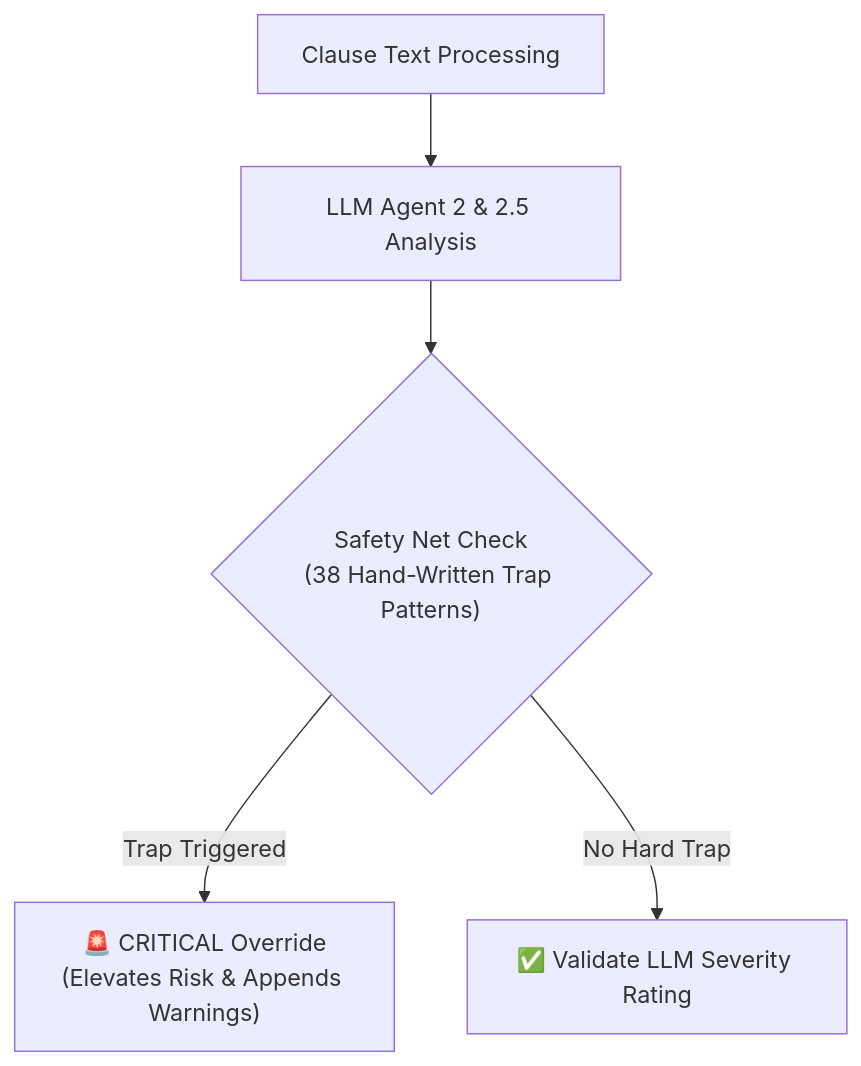
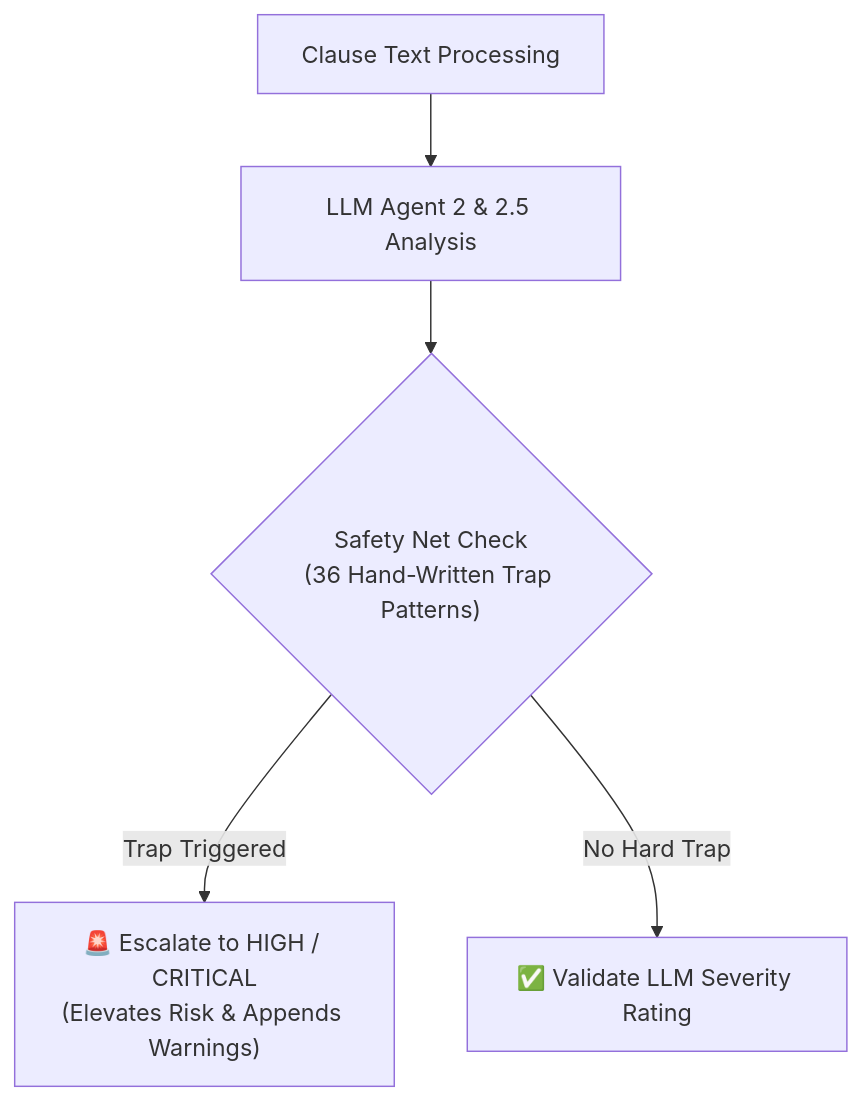
The second of 3 diagrams in README.md (Aditya2514/LexGuard), drawn with Mermaid before and after one commit. The commit also changed other lines of this file, not shown here.

````diff
--- a/README.md
+++ b/README.md
@@ -242,7 +244,7 @@
 ```mermaid
 graph TD
     Clause["Clause Text Processing"] --> LLM["LLM Agent 2 & 2.5 Analysis"]
-    LLM --> SafetyNet{"Safety Net Check\n(38 Hand-Written Trap Patterns)"}
-    SafetyNet -->|Trap Triggered| Override["🚨 CRITICAL Override\n(Elevates Risk & Appends Warnings)"]
+    LLM --> SafetyNet{"Safety Net Check\n(36 Hand-Written Trap Patterns)"}
+    SafetyNet -->|Trap Triggered| Override["🚨 Escalate to HIGH / CRITICAL\n(Elevates Risk & Appends Warnings)"]
     SafetyNet -->|No Hard Trap| Keep["✅ Validate LLM Severity Rating"]
 ```
````
